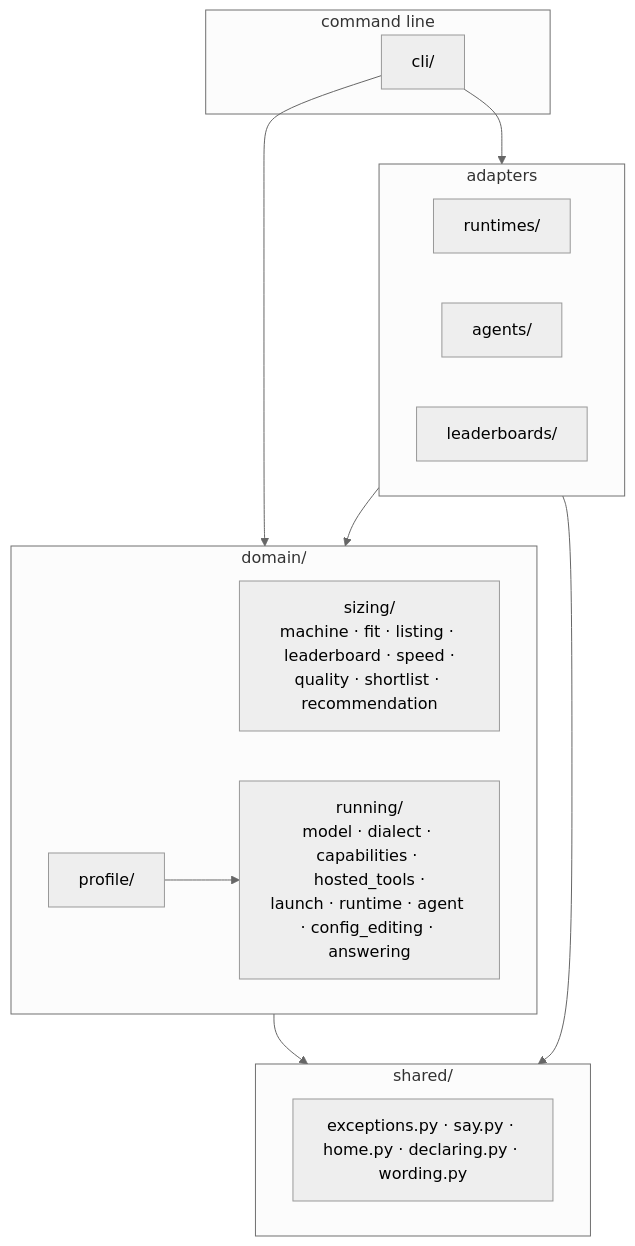
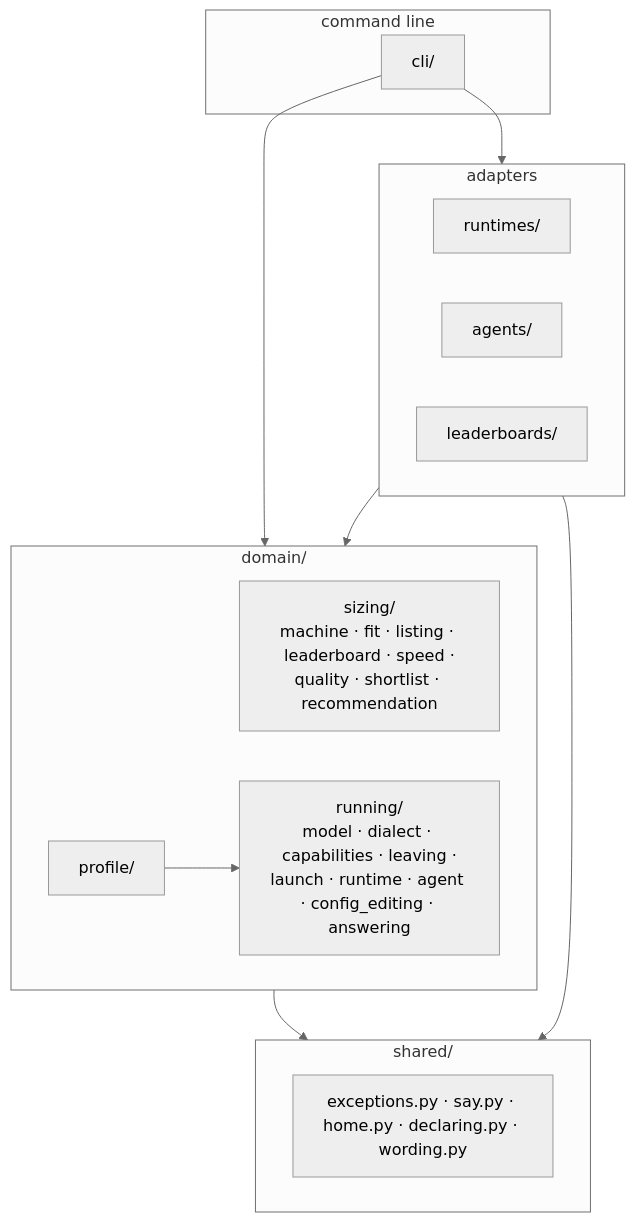
The first of 3 diagrams in docs/architecture.md (pvardanis/offgrid), drawn with Mermaid (neutral theme) before and after one commit. The commit also changed other lines of this file and 32 other files, not shown here.

````diff
--- a/docs/architecture.md
+++ b/docs/architecture.md
@@ -13,26 +13,26 @@
 ```mermaid
 flowchart TD
     subgraph cmd [command line]
         cli["cli/"]
     end
     subgraph adapters [adapters]
         rt["runtimes/"]
         ag["agents/"]
         lb["leaderboards/"]
     end
     subgraph domain ["domain/"]
         sizing["sizing/<br/>machine · fit · listing · leaderboard · speed ·<br/>quality · shortlist · recommendation"]
-        running["running/<br/>model · dialect · capabilities · hosted_tools ·<br/>launch · runtime · agent · config_editing · answering"]
+        running["running/<br/>model · dialect · capabilities · leaving ·<br/>launch · runtime · agent · config_editing · answering"]
         profile["profile/"]
     end
     subgraph shared ["shared/"]
         sh["exceptions.py · say.py · home.py · declaring.py · wording.py"]
     end
 
     cli --> adapters
     cli --> domain
     adapters --> domain
     domain --> shared
     adapters --> shared
     profile --> running
 ```
````
